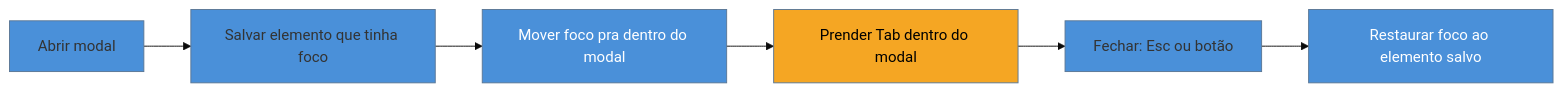
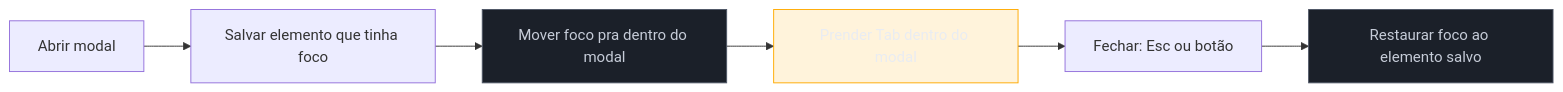
Before and after one commit to josenaldo/codex-technomanticus: the diagram in 03-Dominios/Tecnologia/Acessibilidade/Construir Acessível/06 - Gestão de foco em SPAs.md, drawn with Mermaid. The commit also changed 1181 other files, not shown here.

First line of the commit message:
fix(diagramas): paleta do sistema no lugar de cor cravada no markdown

````diff
--- a/03-Dominios/Tecnologia/Acessibilidade/Construir Acessível/06 - Gestão de foco em SPAs.md
+++ b/03-Dominios/Tecnologia/Acessibilidade/Construir Acessível/06 - Gestão de foco em SPAs.md
@@ -71,12 +71,13 @@
 ```mermaid
-%%{init: {"theme": "base", "themeVariables": {"primaryColor": "#4A90D9"}}}%%
 graph LR
+    classDef neutro fill:#1B2029,stroke:#4E5666,color:#C6CCD8
+    classDef destaque fill:#FFAA0024,stroke:#FFAA00,color:#E9ECF2
     A[Abrir modal] --> B[Salvar elemento que tinha foco]
     B --> C[Mover foco pra dentro do modal]
     C --> D[Prender Tab dentro do modal]
     D --> E[Fechar: Esc ou botão]
     E --> F[Restaurar foco ao elemento salvo]
-    style C fill:#4A90D9,color:#fff
-    style D fill:#F5A623,color:#000
-    style F fill:#4A90D9,color:#fff
+    class C neutro
+    class D destaque
+    class F neutro
 ```
````
